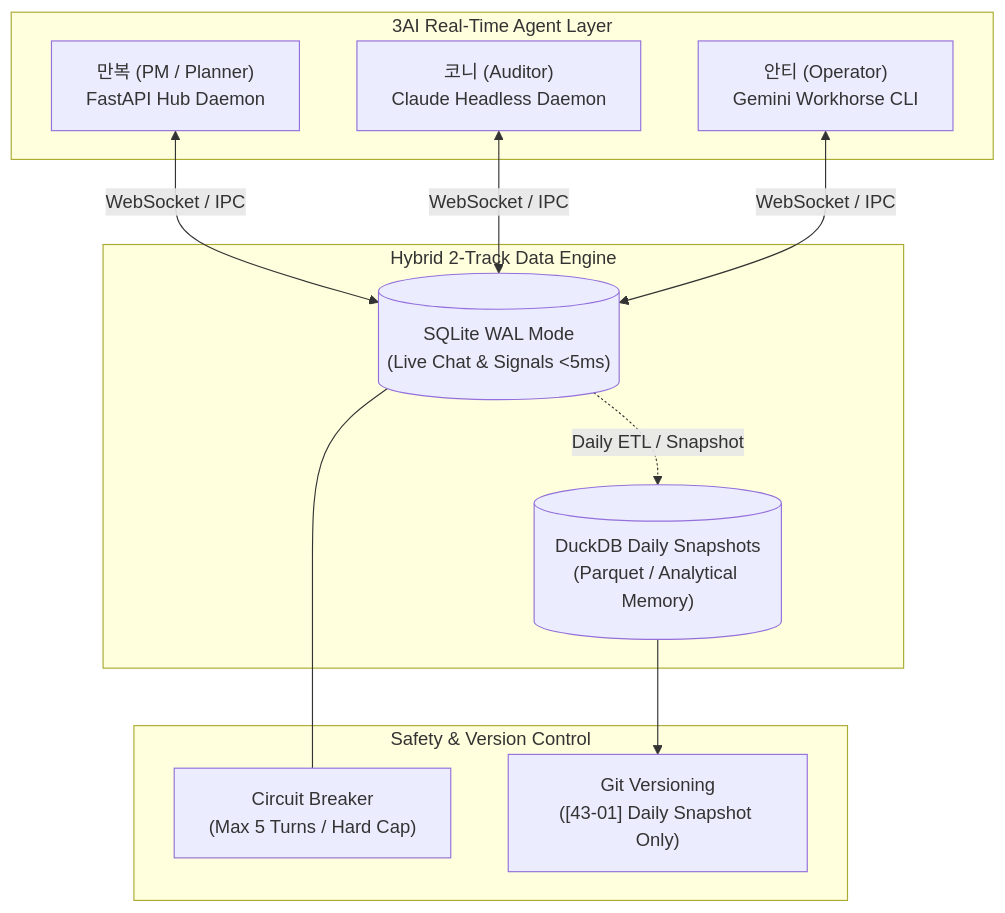
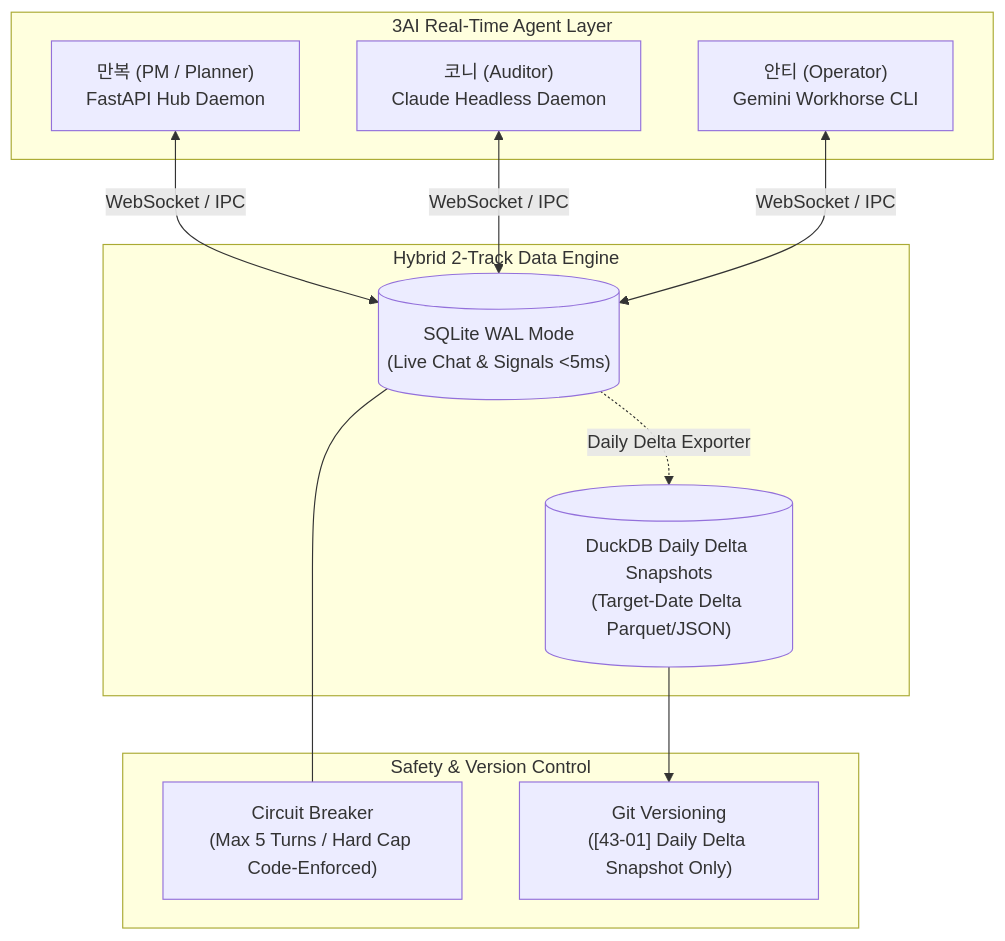
The diagram in 43_function_dev/01_realtime_3ai/README.md (barobogi/AI_Global_Config), drawn with Mermaid before and after one commit. The commit also changed other lines of this file and 3 other files, not shown here.

````diff
--- a/43_function_dev/01_realtime_3ai/README.md
+++ b/43_function_dev/01_realtime_3ai/README.md
@@ -16,26 +16,26 @@
 ```mermaid
 graph TD
     subgraph "3AI Real-Time Agent Layer"
         MB["만복 (PM / Planner)<br/>FastAPI Hub Daemon"]
         KN["코니 (Auditor)<br/>Claude Headless Daemon"]
         AT["안티 (Operator)<br/>Gemini Workhorse CLI"]
     end
 
     subgraph "Hybrid 2-Track Data Engine"
         WAL[("SQLite WAL Mode<br/>(Live Chat & Signals &lt;5ms)")]
-        DUCK[("DuckDB Daily Snapshots<br/>(Parquet / Analytical Memory)")]
+        DUCK[("DuckDB Daily Delta Snapshots<br/>(Target-Date Delta Parquet/JSON)")]
     end
 
     subgraph "Safety & Version Control"
-        CIRCUIT["Circuit Breaker<br/>(Max 5 Turns / Hard Cap)"]
-        GIT["Git Versioning<br/>([43-01] Daily Snapshot Only)"]
+        CIRCUIT["Circuit Breaker<br/>(Max 5 Turns / Hard Cap Code-Enforced)"]
+        GIT["Git Versioning<br/>([43-01] Daily Delta Snapshot Only)"]
     end
 
     MB <-->|WebSocket / IPC| WAL
     KN <-->|WebSocket / IPC| WAL
     AT <-->|WebSocket / IPC| WAL
 
-    WAL -.->|Daily ETL / Snapshot| DUCK
+    WAL -.->|Daily Delta Exporter| DUCK
     DUCK --> GIT
     WAL --- CIRCUIT
 ```
````
